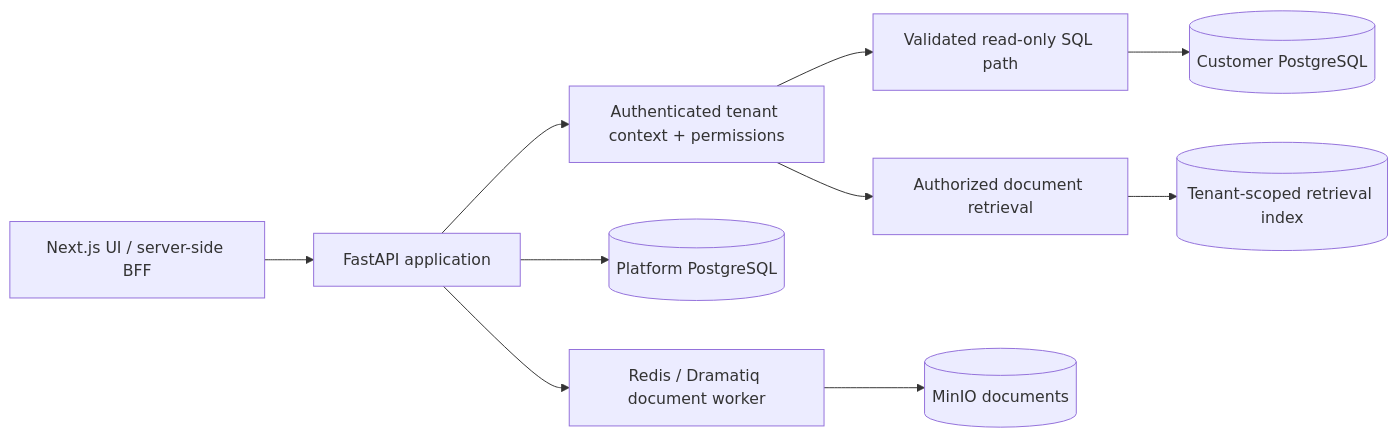
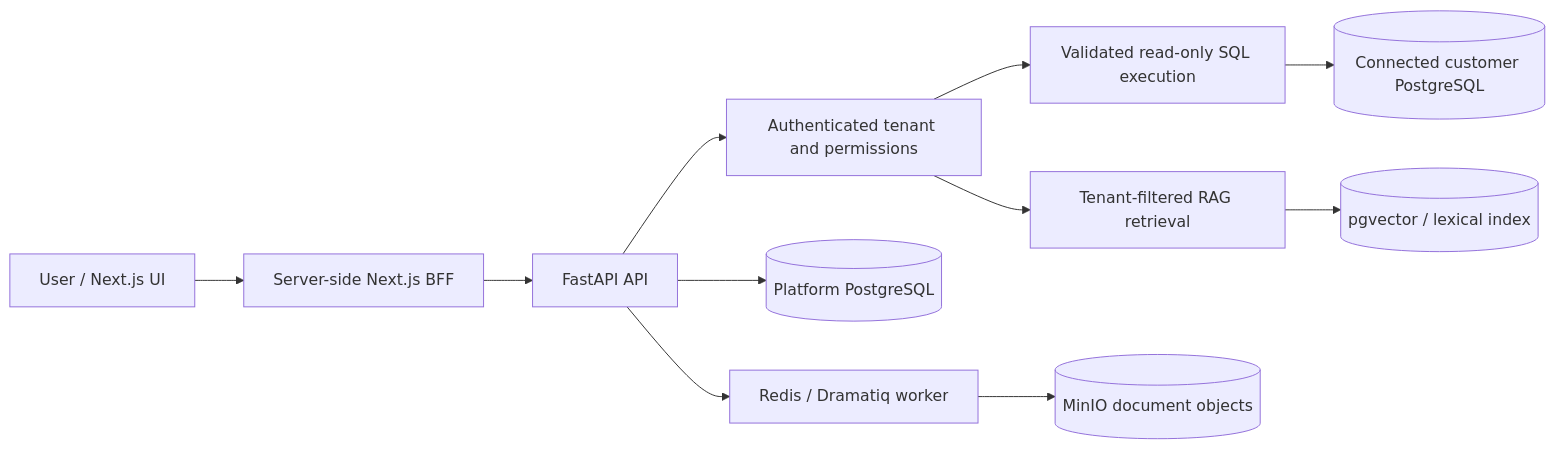
The diagram in README.md (ZeyadAli999/tenant-intelligence-platform), drawn with Mermaid before and after one commit. The commit also changed other lines of this file, not shown here.

````diff
--- a/README.md
+++ b/README.md
@@ -19,12 +26,13 @@
 ```mermaid
 flowchart LR
-    UI["Next.js UI / server-side BFF"] --> API["FastAPI application"]
-    API --> AUTH["Authenticated tenant context + permissions"]
-    AUTH --> DB["Validated read-only SQL path"]
-    AUTH --> DOC["Authorized document retrieval"]
-    DB --> CUSTOMER[("Customer PostgreSQL")]
-    DOC --> INDEX[("Tenant-scoped retrieval index")]
+    USER["User / Next.js UI"] --> BFF["Server-side Next.js BFF"]
+    BFF --> API["FastAPI API"]
+    API --> TENANT["Authenticated tenant and permissions"]
+    TENANT --> SQL["Validated read-only SQL execution"]
+    TENANT --> DOC["Tenant-filtered RAG retrieval"]
+    SQL --> CUSTOMER[("Connected customer PostgreSQL")]
+    DOC --> VEC[("pgvector / lexical index")]
     API --> PLATFORM[("Platform PostgreSQL")]
-    API --> WORKER["Redis / Dramatiq document worker"]
-    WORKER --> STORE[("MinIO documents")]
+    API --> Q["Redis / Dramatiq worker"]
+    Q --> STORE[("MinIO document objects")]
 ```
````
